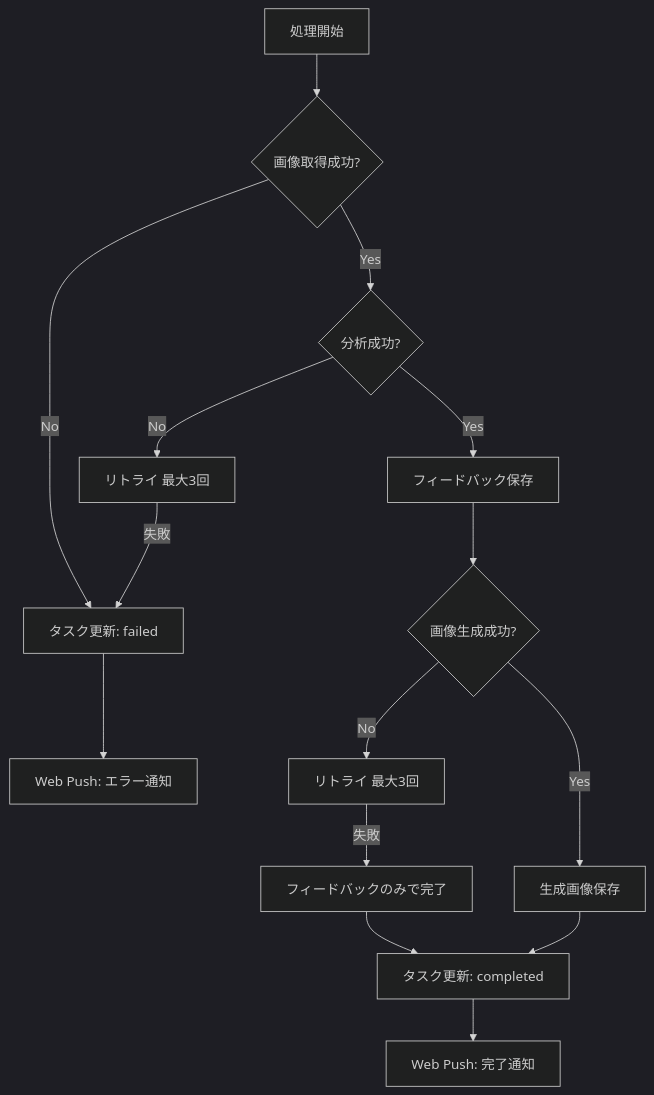
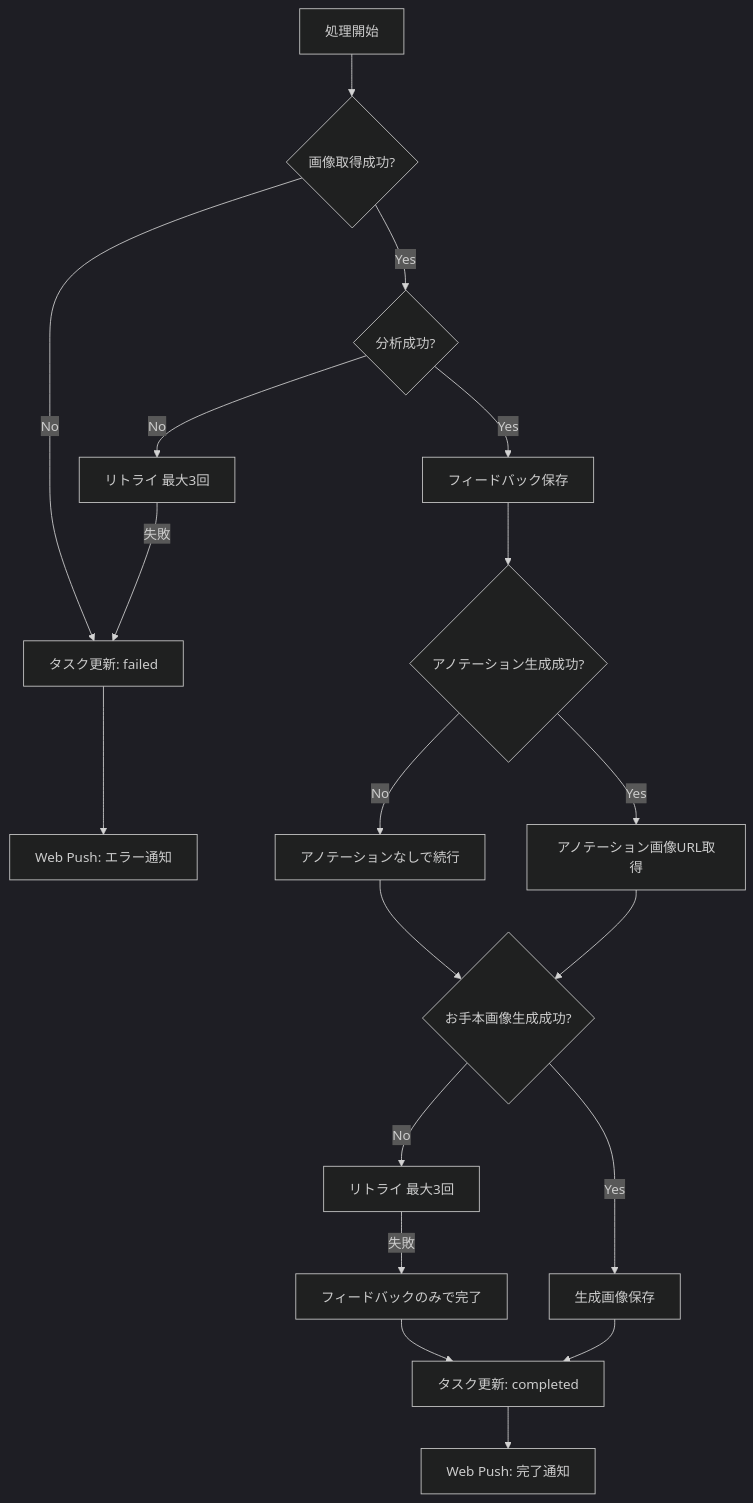
The third of 6 diagrams in docs/functional-design.md (nuance-sudo/drawing-practice-agent-gch4), drawn with Mermaid (dark theme) before and after one commit. The commit also changed other lines of this file and 11 other files, not shown here.

````diff
--- a/docs/functional-design.md
+++ b/docs/functional-design.md
@@ -114,17 +127,21 @@
 ```mermaid
 flowchart TB
     A[処理開始] --> B{画像取得成功?}
     B -->|No| C[タスク更新: failed]
     B -->|Yes| D{分析成功?}
     D -->|No| E[リトライ 最大3回]
     E -->|失敗| C
     D -->|Yes| F[フィードバック保存]
-    F --> G{画像生成成功?}
-    G -->|No| H[リトライ 最大3回]
-    H -->|失敗| I[フィードバックのみで完了]
-    G -->|Yes| J[生成画像保存]
-    I --> K[タスク更新: completed]
-    J --> K
-    C --> L[Web Push: エラー通知]
-    K --> M[Web Push: 完了通知]
+    F --> G{アノテーション生成成功?}
+    G -->|No| G2[アノテーションなしで続行]
+    G -->|Yes| G3[アノテーション画像URL取得]
+    G2 --> H{お手本画像生成成功?}
+    G3 --> H
+    H -->|No| I[リトライ 最大3回]
+    I -->|失敗| J[フィードバックのみで完了]
+    H -->|Yes| K[生成画像保存]
+    J --> L[タスク更新: completed]
+    K --> L
+    C --> M[Web Push: エラー通知]
+    L --> N[Web Push: 完了通知]
 ```
````
